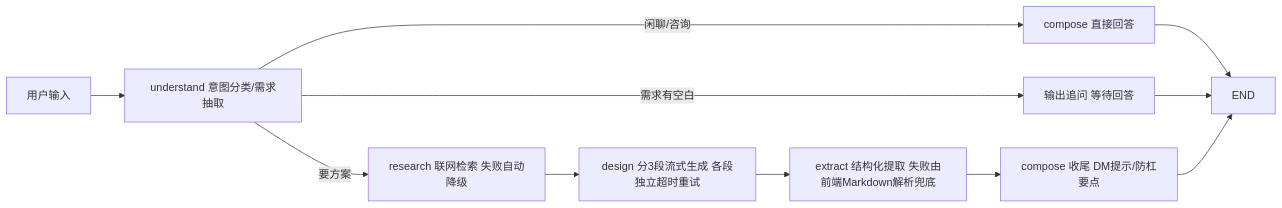
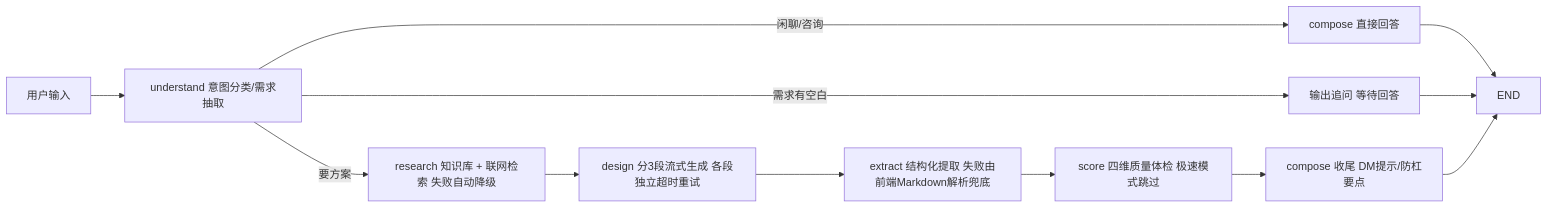
One commit to water6161/trick-designer-agent changed the diagram in README.md. Above: the diagram before and after it, drawn with Mermaid. The commit also changed other lines of this file and 1 other file, not shown here.

````diff
--- a/README.md
+++ b/README.md
@@ -40,10 +45,11 @@
 ```mermaid
 flowchart LR
   U[用户输入] --> UD[understand 意图分类/需求抽取]
   UD -- 闲聊/咨询 --> C[compose 直接回答] --> E[END]
   UD -- 需求有空白 --> Q[输出追问 等待回答] --> E
-  UD -- 要方案 --> R[research 联网检索 失败自动降级]
+  UD -- 要方案 --> R[research 知识库 + 联网检索 失败自动降级]
   R --> D[design 分3段流式生成 各段独立超时重试]
   D --> X[extract 结构化提取 失败由前端Markdown解析兜底]
-  X --> C2[compose 收尾 DM提示/防杠要点] --> E
+  X --> S[score 四维质量体检 极速模式跳过]
+  S --> C2[compose 收尾 DM提示/防杠要点] --> E
 ```
````
